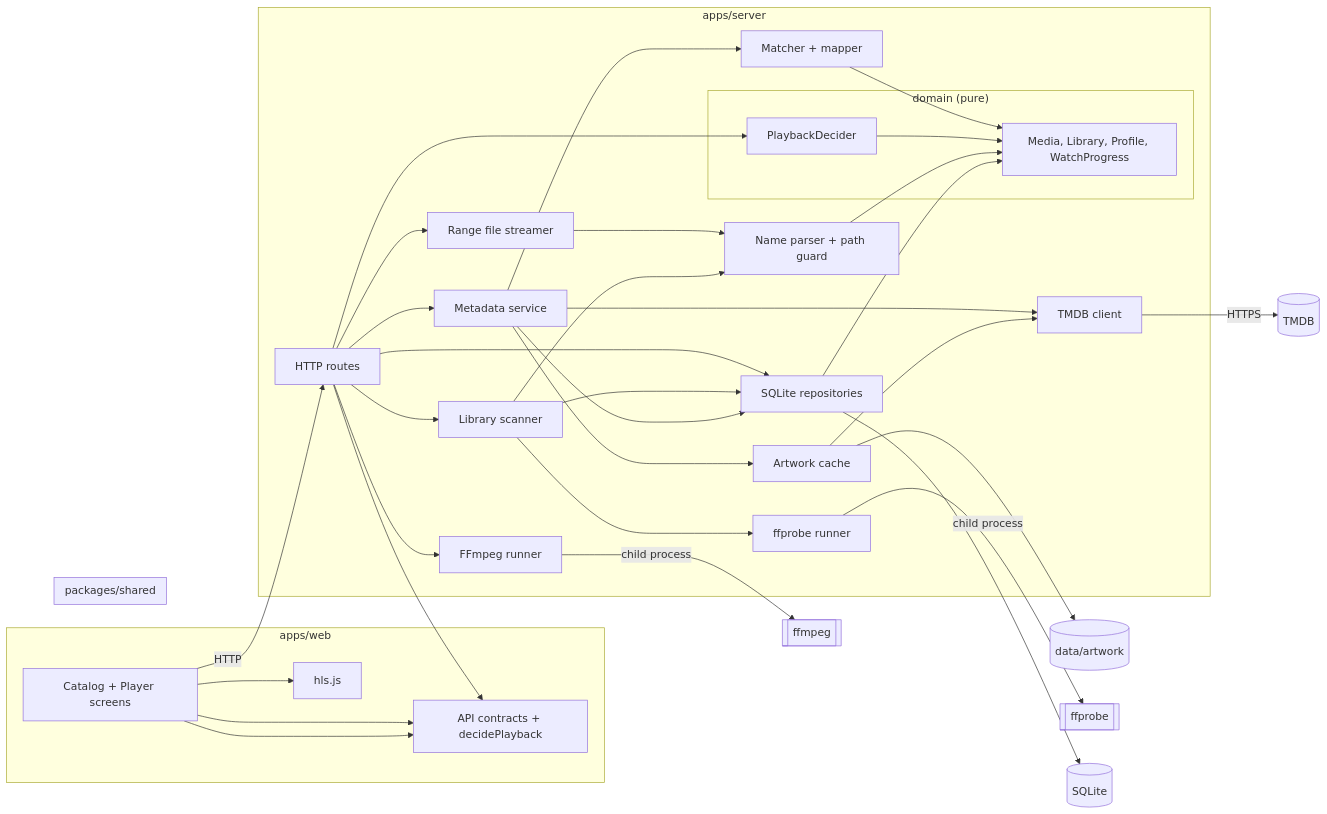
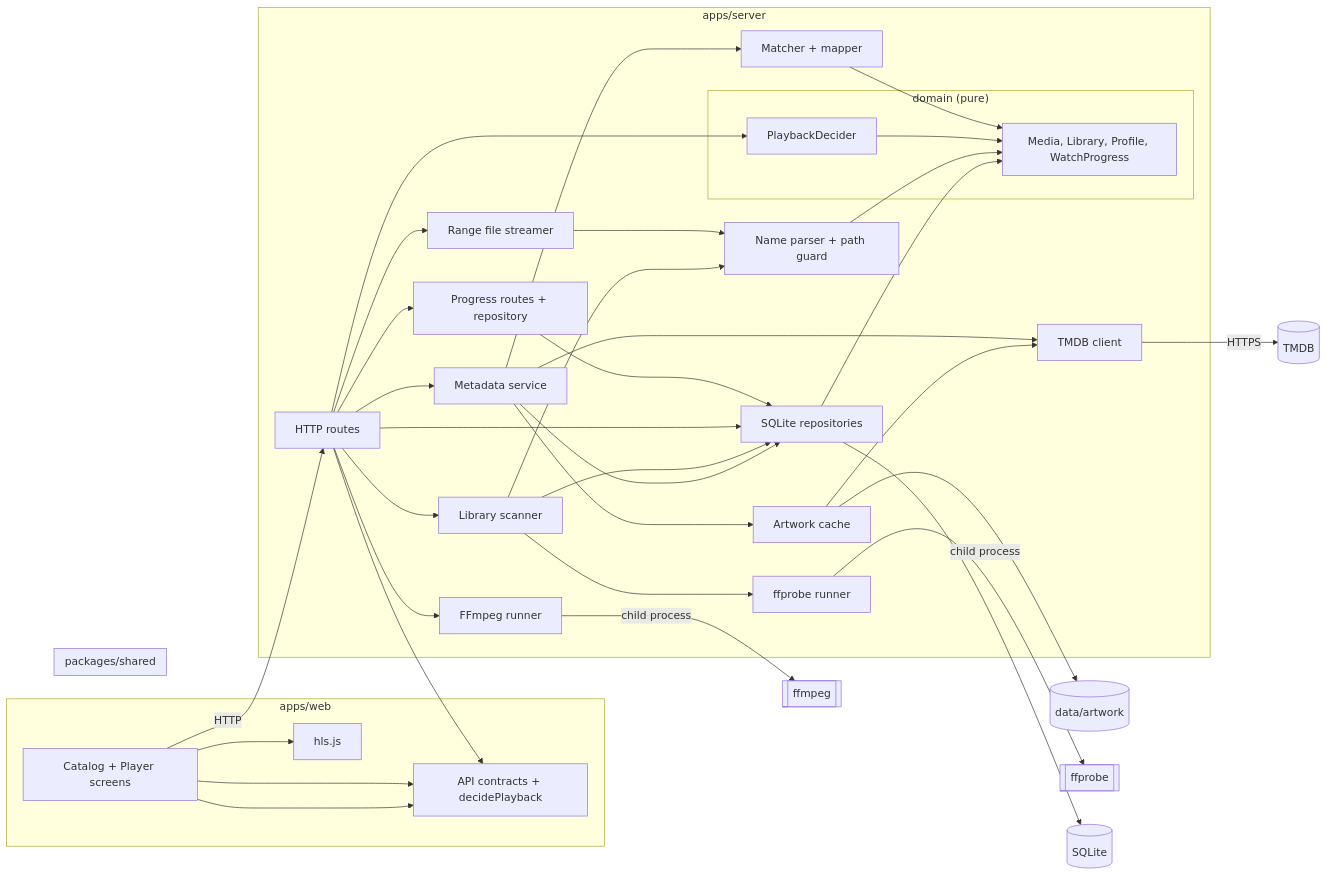
One commit to benoit-bremaud/popcorno changed the diagram in docs/architecture/diagrams/playback/03-component.md. Above: the diagram before and after it, drawn with Mermaid. The commit also changed other lines of this file and 63 other files, not shown here.

````diff
--- a/docs/architecture/diagrams/playback/03-component.md
+++ b/docs/architecture/diagrams/playback/03-component.md
@@ -13,56 +13,59 @@
 ```mermaid
 flowchart LR
   subgraph Web ["apps/web"]
     UI[Catalog + Player screens]
     UI --> Contracts
     HLS[hls.js]
     UI --> HLS
   end
   subgraph Shared ["packages/shared"]
     Contracts[API contracts + decidePlayback]
   end
   subgraph Server ["apps/server"]
     Routes[HTTP routes]
     subgraph Domain ["domain (pure)"]
       Decider[PlaybackDecider]
       Entities[Media, Library, Profile, WatchProgress]
     end
     Scan[Library scanner]
     Parser[Name parser + path guard]
     MetaSvc[Metadata service]
     Match[Matcher + mapper]
     Meta[TMDB client]
     Art[Artwork cache]
     Trans[FFmpeg runner]
     Probe[ffprobe runner]
     Repo[SQLite repositories]
     Stream[Range file streamer]
+    Progress[Progress routes + repository]
+    Routes --> Progress
+    Progress --> Repo
     Routes --> Stream
     Stream --> Parser
     Routes --> Decider
     Routes --> Repo
     Routes --> Trans
     Routes --> Scan
     Scan --> Parser
     Scan --> Probe
     Scan --> Repo
     Routes --> MetaSvc
     MetaSvc --> Match
     MetaSvc --> Meta
     MetaSvc --> Art
     MetaSvc --> Repo
     Art --> Meta
     Match --> Entities
     Decider --> Entities
     Parser --> Entities
     Repo --> Entities
   end
   UI --> Contracts
   Routes --> Contracts
   UI -->|"HTTP"| Routes
   Meta -->|"HTTPS"| TMDB[("TMDB")]
   Art --> Disk[("data/artwork")]
   Trans -->|"child process"| FFmpeg[["ffmpeg"]]
   Probe -->|"child process"| FFprobe[["ffprobe"]]
   Repo --> DB[("SQLite")]
 ```
````
